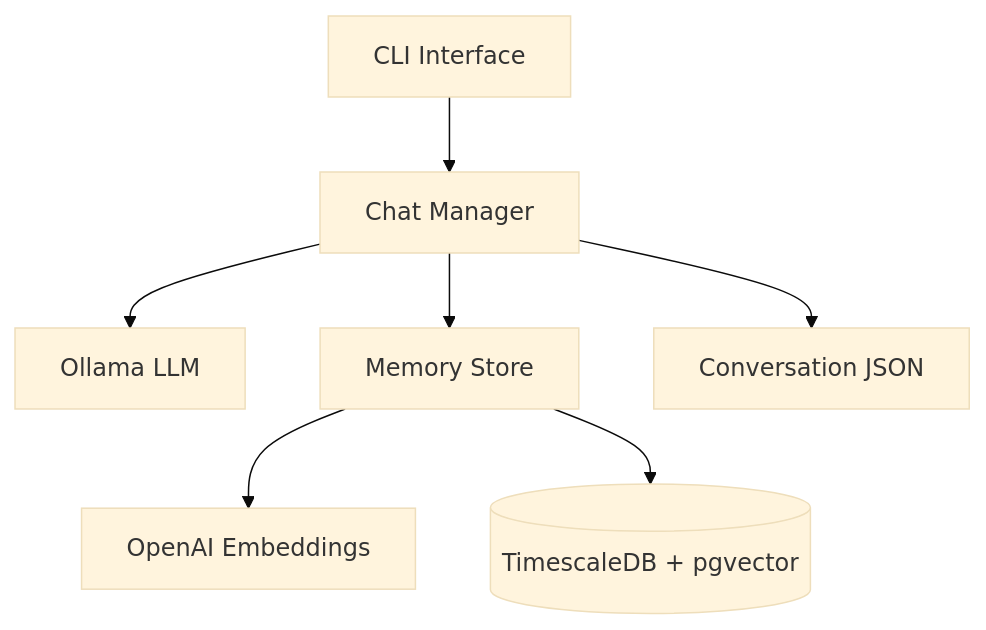
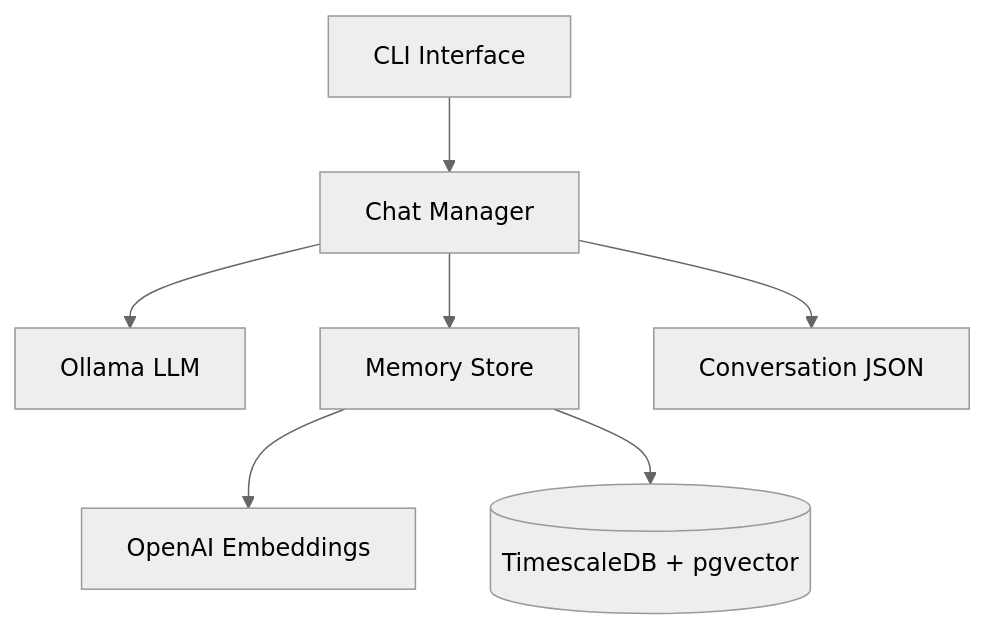
One commit to anchildress1/my-hermantic-agent changed the diagram in README.md. Above: the diagram before and after it, drawn with Mermaid. The commit also changed 6 other files, not shown here.

First line of the commit message:
refactor: implement Pydantic Settings and enhance Mermaid diagrams

````diff
--- a/README.md
+++ b/README.md
@@ -47,10 +47,10 @@
 ```mermaid
-%%{init: {'theme':'base', 'lightTheme':'default', 'darkTheme':'dark', 'securityLevel':'strict', 'accessibility': {'label': 'Architecture diagram', 'description': 'System architecture and data flow; supports light/dark modes.'}}}%%
+%%{init: {'theme': 'neutral', 'securityLevel': 'loose', 'accessibility': {'label': 'Architecture diagram', 'description': 'System architecture and data flow; supports light/dark modes.'}}}%%
 graph TB
     CLI[CLI Interface] --> Chat[Chat Manager]
     Chat --> Ollama[Ollama LLM]
     Chat --> Memory[Memory Store]
     Chat --> JSON[Conversation JSON]
     Memory --> OpenAI[OpenAI Embeddings]
     Memory --> TimescaleDB[(TimescaleDB + pgvector)]
 ```
````
